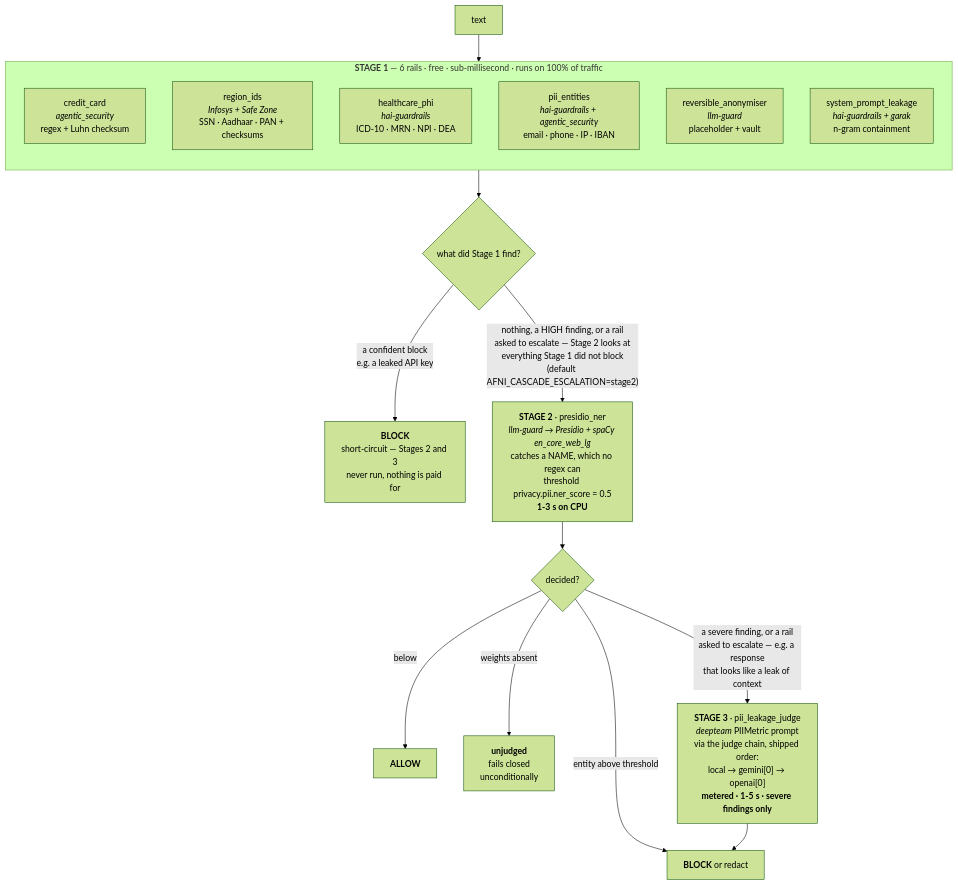
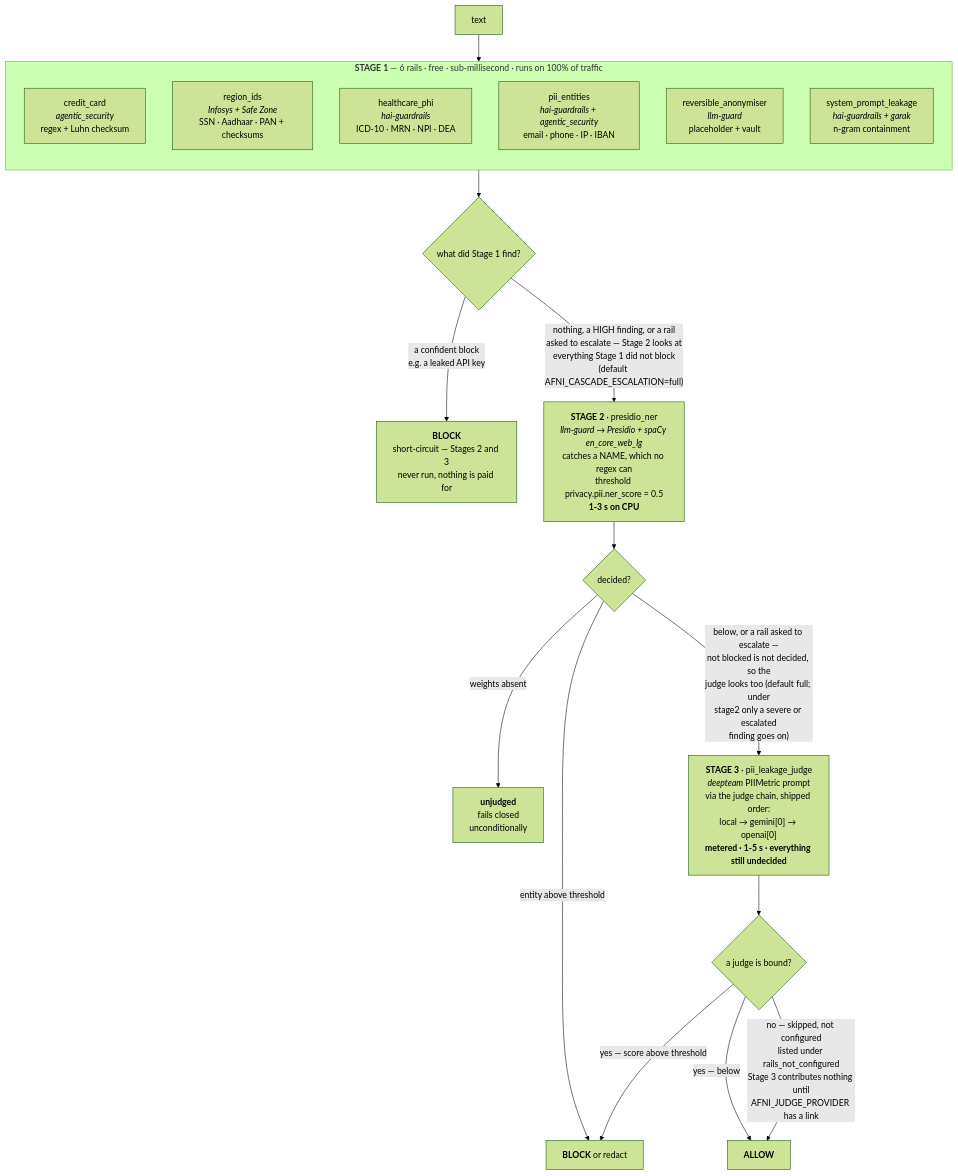
The fourth of 4 diagrams in docs/architecture.md (saimuthiki/RAI_AFNI), drawn with Mermaid (forest theme) before and after one commit. The commit also changed other lines of this file and 22 other files, not shown here.

````diff
--- a/docs/architecture.md
+++ b/docs/architecture.md
@@ -253,30 +256,32 @@
 ```mermaid
 flowchart TB
     IN["text"] --> S1
 
     subgraph S1["<b>STAGE 1</b> — 6 rails · free · sub-millisecond · runs on 100% of traffic"]
       direction TB
       A["credit_card<br/><i>agentic_security</i><br/>regex + Luhn checksum"]
       B["region_ids<br/><i>Infosys + Safe Zone</i><br/>SSN · Aadhaar · PAN + checksums"]
       C["healthcare_phi<br/><i>hai-guardrails</i><br/>ICD-10 · MRN · NPI · DEA"]
       D["pii_entities<br/><i>hai-guardrails + agentic_security</i><br/>email · phone · IP · IBAN"]
       E["reversible_anonymiser<br/><i>llm-guard</i><br/>placeholder + vault"]
       F["system_prompt_leakage<br/><i>hai-guardrails + garak</i><br/>n-gram containment"]
     end
 
     S1 --> D1{"what did Stage 1 find?"}
 
     D1 -->|"a confident block<br/>e.g. a leaked API key"| STOP2["<b>BLOCK</b><br/>short-circuit — Stages 2 and 3<br/>never run, nothing is paid for"]
-    D1 -->|"nothing, a HIGH finding, or a rail<br/>asked to escalate — Stage 2 looks at<br/>everything Stage 1 did not block<br/>(default AFNI_CASCADE_ESCALATION=stage2)"| S2
+    D1 -->|"nothing, a HIGH finding, or a rail<br/>asked to escalate — Stage 2 looks at<br/>everything Stage 1 did not block<br/>(default AFNI_CASCADE_ESCALATION=full)"| S2
 
     S2["<b>STAGE 2</b> · presidio_ner<br/><i>llm-guard → Presidio + spaCy en_core_web_lg</i><br/>catches a NAME, which no regex can<br/>threshold privacy.pii.ner_score = 0.5<br/><b>1-3 s on CPU</b>"]
 
     S2 --> D2{"decided?"}
     D2 -->|"entity above threshold"| BLOCK2["<b>BLOCK</b> or redact"]
-    D2 -->|"below"| ALLOW2["<b>ALLOW</b>"]
     D2 -->|"weights absent"| UNJ["<b>unjudged</b><br/>fails closed<br/>unconditionally"]
-    D2 -->|"a severe finding, or a rail<br/>asked to escalate — e.g. a response<br/>that looks like a leak of context"| S3
+    D2 -->|"below, or a rail asked to escalate —<br/>not blocked is not decided, so the<br/>judge looks too (default full; under<br/>stage2 only a severe or escalated<br/>finding goes on)"| S3
 
-    S3["<b>STAGE 3</b> · pii_leakage_judge<br/><i>deepteam</i> PIIMetric prompt<br/>via the judge chain, shipped order:<br/>local → gemini[0] → openai[0]<br/><b>metered · 1-5 s · severe findings only</b>"]
-    S3 --> BLOCK2
+    S3["<b>STAGE 3</b> · pii_leakage_judge<br/><i>deepteam</i> PIIMetric prompt<br/>via the judge chain, shipped order:<br/>local → gemini[0] → openai[0]<br/><b>metered · 1-5 s · everything still undecided</b>"]
+    S3 --> D3{"a judge is bound?"}
+    D3 -->|"yes — score above threshold"| BLOCK2
+    D3 -->|"yes — below"| ALLOW2["<b>ALLOW</b>"]
+    D3 -->|"no — skipped, not configured<br/>listed under rails_not_configured<br/>Stage 3 contributes nothing until<br/>AFNI_JUDGE_PROVIDER has a link"| ALLOW2
 ```
````
